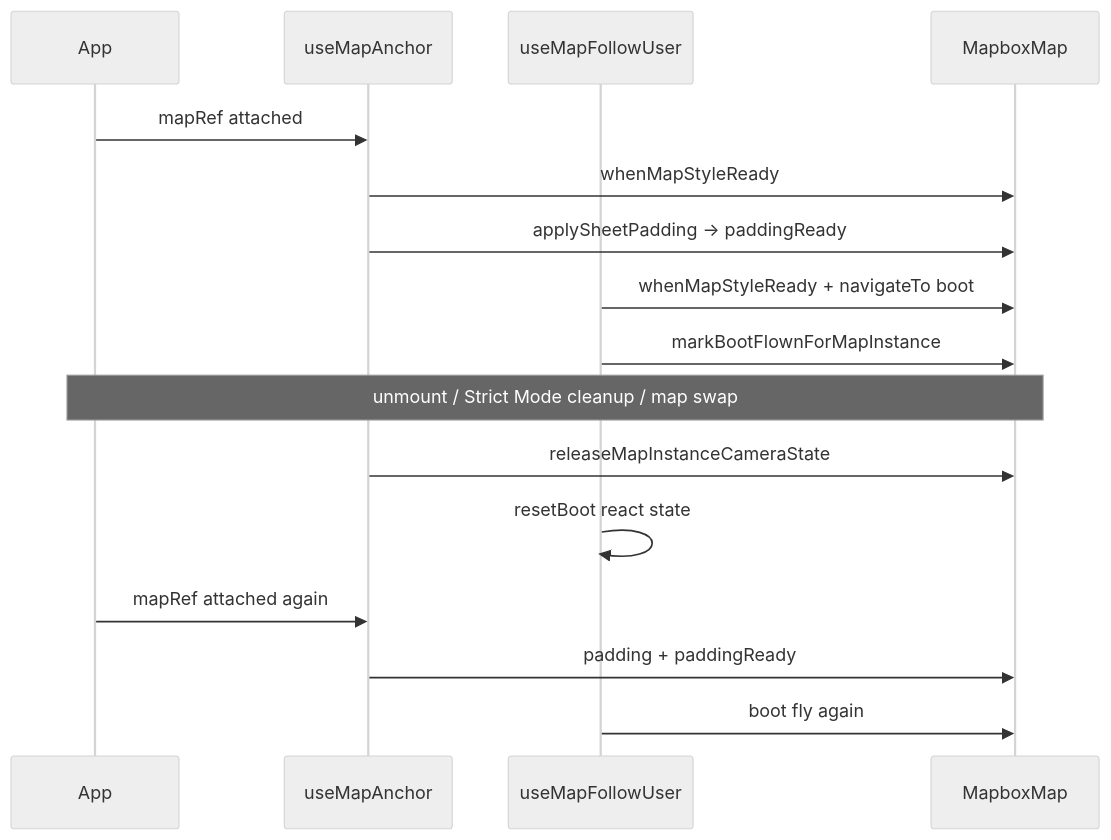
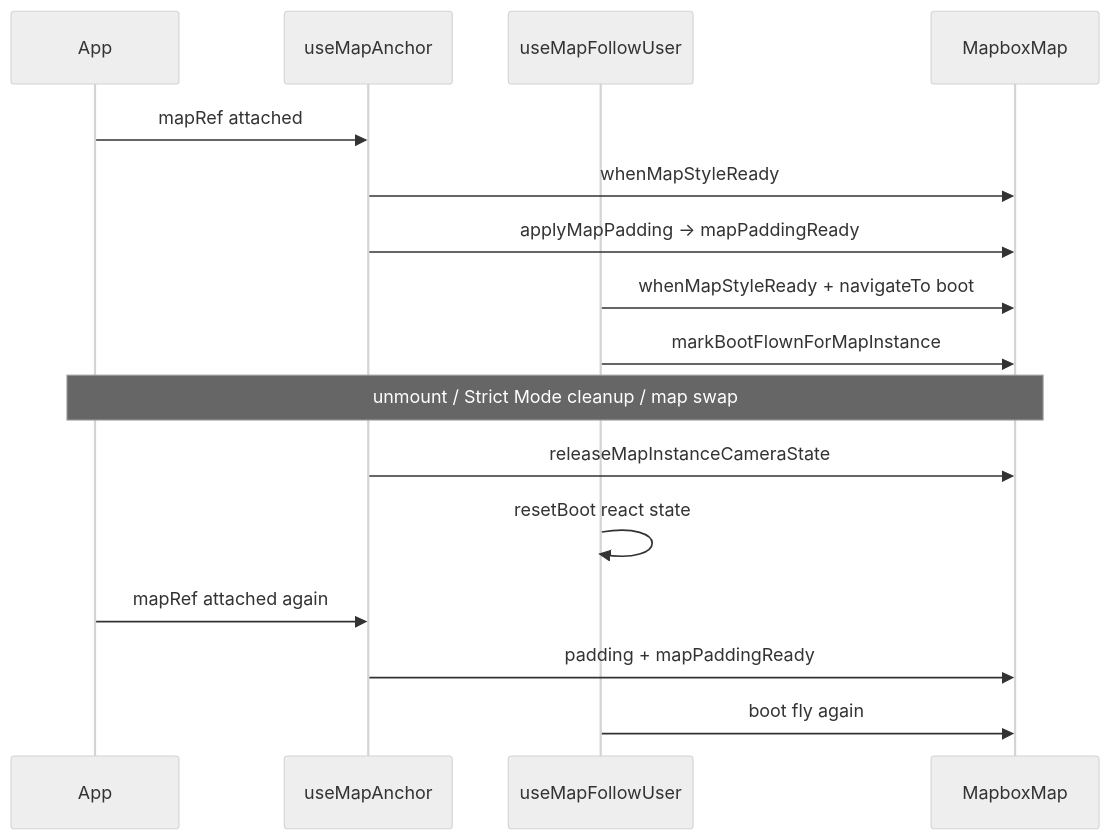
The second of 2 diagrams in docs/camera-rules.md (UltimateTag-Studios/sheet-map), drawn with Mermaid (neutral theme) before and after one commit. The commit also changed other lines of this file and 8 other files, not shown here.

````diff
--- a/docs/camera-rules.md
+++ b/docs/camera-rules.md
@@ -144,21 +144,21 @@
 ```mermaid
 sequenceDiagram
   participant App
   participant Anchor as useMapAnchor
   participant Follow as useMapFollowUser
   participant Map as MapboxMap
 
   App->>Anchor: mapRef attached
   Anchor->>Map: whenMapStyleReady
-  Anchor->>Map: applySheetPadding → paddingReady
+  Anchor->>Map: applyMapPadding → mapPaddingReady
   Follow->>Map: whenMapStyleReady + navigateTo boot
   Follow->>Map: markBootFlownForMapInstance
 
   Note over App,Map: unmount / Strict Mode cleanup / map swap
   Anchor->>Map: releaseMapInstanceCameraState
   Follow->>Follow: resetBoot react state
 
   App->>Anchor: mapRef attached again
-  Anchor->>Map: padding + paddingReady
+  Anchor->>Map: padding + mapPaddingReady
   Follow->>Map: boot fly again
 ```
````
